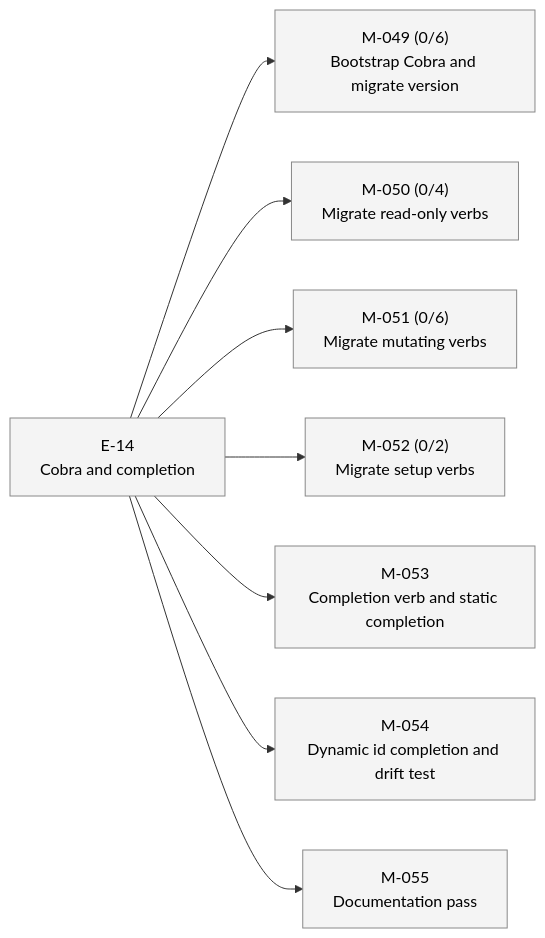
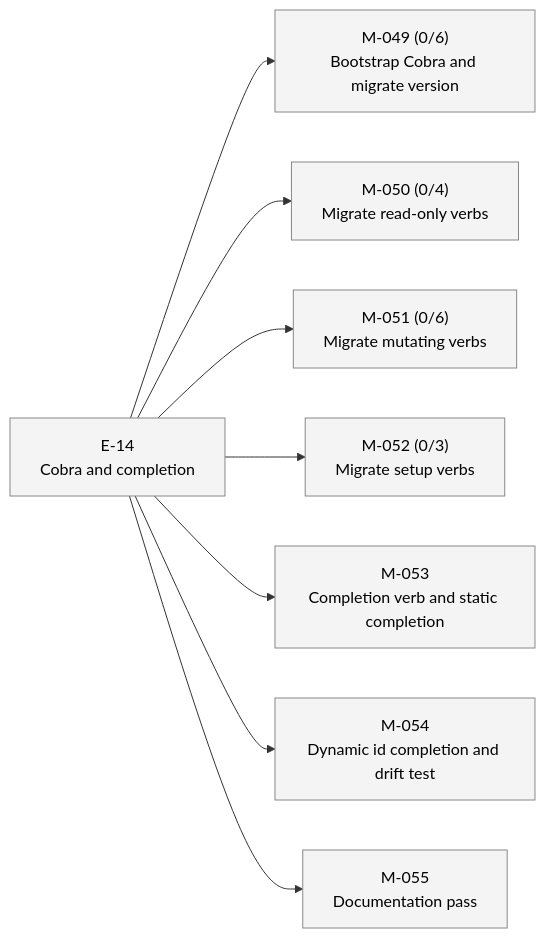
Before and after one commit to 23min/aiwf: the second of 2 diagrams in STATUS.md, drawn with Mermaid. The commit also changed other lines of this file and 1 other file, not shown here.

````diff
--- a/STATUS.md
+++ b/STATUS.md
@@ -38,24 +38,24 @@
 ```mermaid
 flowchart LR
   E_14["E-14<br/>Cobra and completion"]:::epic_proposed
   M_049["M-049 (0/6)<br/>Bootstrap Cobra and migrate version"]:::ms_draft
   E_14 --> M_049
   M_050["M-050 (0/4)<br/>Migrate read-only verbs"]:::ms_draft
   E_14 --> M_050
   M_051["M-051 (0/6)<br/>Migrate mutating verbs"]:::ms_draft
   E_14 --> M_051
-  M_052["M-052 (0/2)<br/>Migrate setup verbs"]:::ms_draft
+  M_052["M-052 (0/3)<br/>Migrate setup verbs"]:::ms_draft
   E_14 --> M_052
   M_053["M-053<br/>Completion verb and static completion"]:::ms_draft
   E_14 --> M_053
   M_054["M-054<br/>Dynamic id completion and drift test"]:::ms_draft
   E_14 --> M_054
   M_055["M-055<br/>Documentation pass"]:::ms_draft
   E_14 --> M_055
   classDef epic_active fill:#d6eaff,stroke:#1a73e8,color:#000
   classDef epic_proposed fill:#f4f4f4,stroke:#888,color:#000
   classDef ms_done fill:#d8f5d8,stroke:#2a8a2a,color:#000
   classDef ms_in_progress fill:#fff3c4,stroke:#caa400,color:#000
   classDef ms_draft fill:#f4f4f4,stroke:#888,color:#000
   classDef ms_cancelled fill:#fbeaea,stroke:#c33,color:#000
 ```
````
